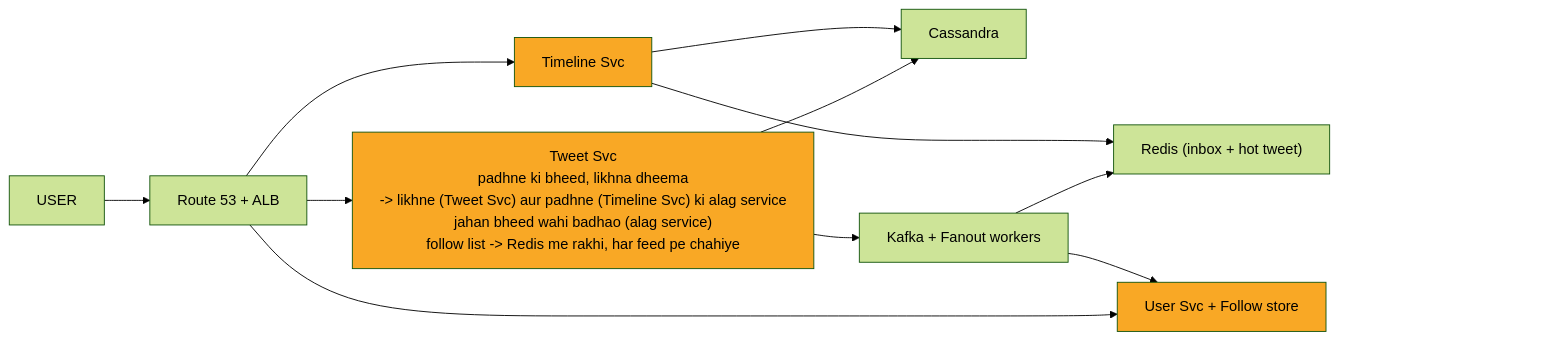
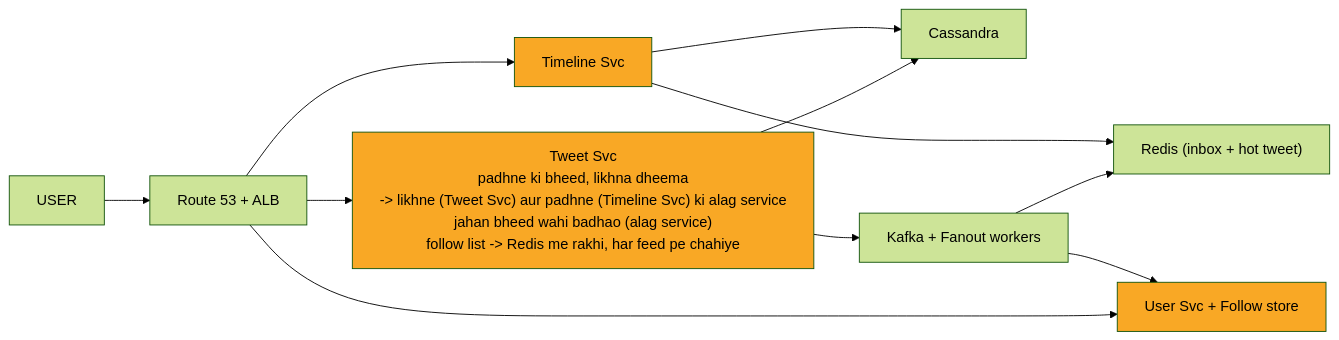
Before and after one commit to ArpanMaheshwari144/Prep: the tenth of 12 diagrams in 04_HLD/SYSTEM_DESIGNS/03_twitter_feed/03_twitter_feed.md, drawn with Mermaid (forest theme). The commit also changed other lines of this file and 182 other files, not shown here.

Commit message:
hld 14 file: har diagram mermaid-cli se SVG image (source details me), n_pad hataya, render tool 04_HLD/tools

````diff
--- a/04_HLD/SYSTEM_DESIGNS/03_twitter_feed/03_twitter_feed.md
+++ b/04_HLD/SYSTEM_DESIGNS/03_twitter_feed/03_twitter_feed.md
@@ -453,28 +493,25 @@
 ```mermaid
 %%{init: {"flowchart": {"wrappingWidth": 450}}}%%
 flowchart LR
     n_USER["USER"]
     n_EDGE["Route 53 + ALB"]
     n_Tweet_Svc["Tweet Svc<br/>padhne ki bheed, likhna dheema<br/>-> likhne (Tweet Svc) aur padhne (Timeline Svc) ki alag service<br/>jahan bheed wahi badhao (alag service)<br/>follow list -> Redis me rakhi, har feed pe chahiye"]
     n_Cassandra["Cassandra"]
     n_FAN["Kafka + Fanout workers"]
     n_RI["Redis (inbox + hot tweet)"]
     n_Timeline_Svc["Timeline Svc"]
     n_UG["User Svc + Follow store"]
     n_USER --> n_EDGE
     n_EDGE --> n_Tweet_Svc
     n_EDGE --> n_Timeline_Svc
     n_EDGE --> n_UG
     n_Tweet_Svc --> n_Cassandra
     n_Tweet_Svc --> n_FAN
     n_FAN --> n_RI
     n_Timeline_Svc --> n_RI
     n_Timeline_Svc --> n_Cassandra
     n_FAN --> n_UG
-    n_pad["xxxxxxxxxxxxxxxx"]
-    n_UG ~~~ n_pad
     style n_Tweet_Svc fill:#f9a825,color:#000
     style n_Timeline_Svc fill:#f9a825,color:#000
     style n_UG fill:#f9a825,color:#000
-    style n_pad fill:none,stroke:none,color:#ffffff00
 ```
````
